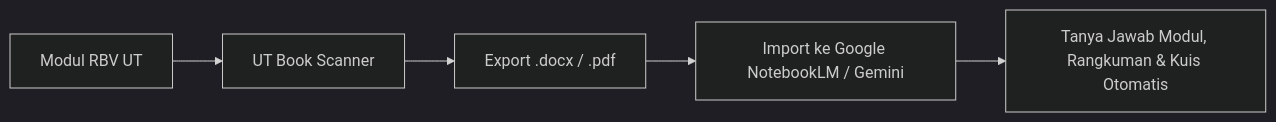
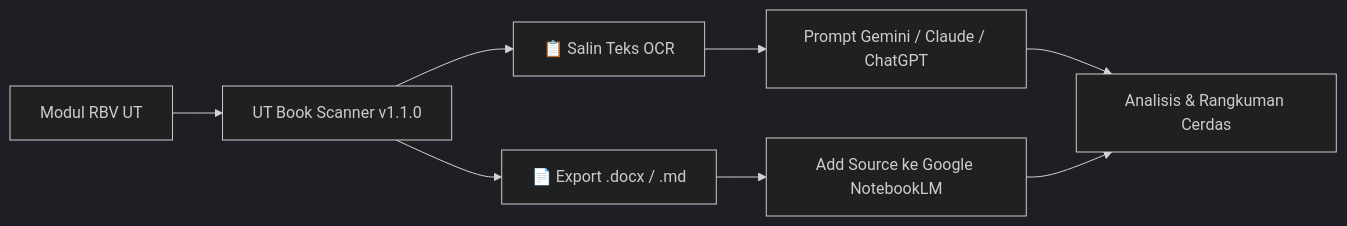
The first of 2 diagrams in README.md (masadjie/ut-learning-book), drawn with Mermaid (dark theme) before and after one commit. The commit also changed other lines of this file and 7 other files, not shown here.

Commit message:
feat: add dual menu tabs (Scan Pages vs Pages to OCR), Smart OCR engine, and 1-click LLM export (v1.1.0)

````diff
--- a/README.md
+++ b/README.md
@@ -51,7 +79,10 @@
 ```mermaid
 graph LR
-    A[Modul RBV UT] --> B[UT Book Scanner]
-    B --> C[Export .docx / .pdf]
-    C --> D[Import ke Google NotebookLM / Gemini]
-    D --> E[Tanya Jawab Modul, Rangkuman & Kuis Otomatis]
+    A[Modul RBV UT] --> B[UT Book Scanner v1.1.0]
+    B --> C1[📋 Salin Teks OCR]
+    B --> C2[📄 Export .docx / .md]
+    C1 --> D[Prompt Gemini / Claude / ChatGPT]
+    C2 --> E[Add Source ke Google NotebookLM]
+    D --> F[Analisis & Rangkuman Cerdas]
+    E --> F
 ```
````
